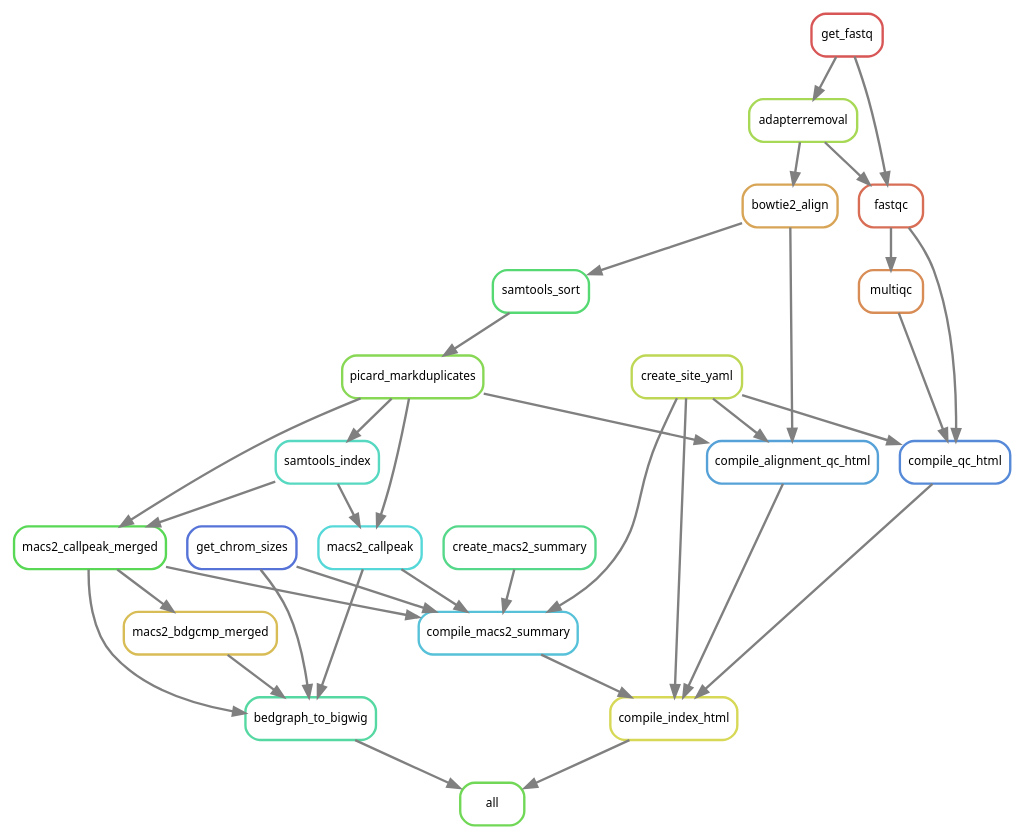
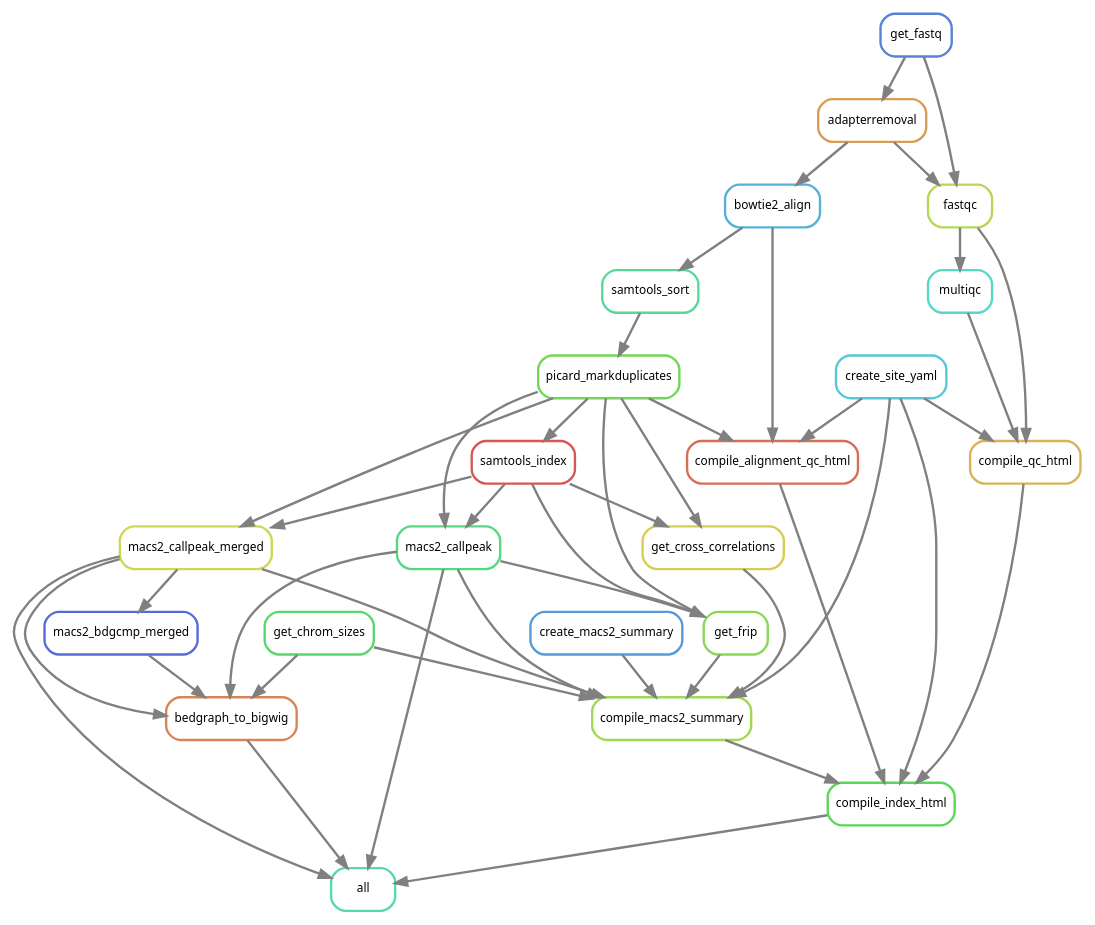
One commit to smped/PRJNA509779 changed the diagram in workflow/rules/rulegraph.dot. Above: the diagram before and after it, drawn with Graphviz. The commit also changed 16 other files, not shown here.

```diff
--- a/workflow/rules/rulegraph.dot
+++ b/workflow/rules/rulegraph.dot
@@ -1,59 +1,70 @@
 digraph snakemake_dag {
     graph[bgcolor=white, margin=0];
     node[shape=box, style=rounded, fontname=sans,                 fontsize=10, penwidth=2];
     edge[penwidth=2, color=grey];
-	0[label = "all", color = "0.30 0.6 0.85", style="rounded"];
-	1[label = "bedgraph_to_bigwig", color = "0.43 0.6 0.85", style="rounded"];
-	2[label = "macs2_callpeak", color = "0.50 0.6 0.85", style="rounded"];
-	3[label = "picard_markduplicates", color = "0.27 0.6 0.85", style="rounded"];
-	4[label = "samtools_sort", color = "0.37 0.6 0.85", style="rounded"];
-	5[label = "bowtie2_align", color = "0.10 0.6 0.85", style="rounded"];
-	6[label = "adapterremoval", color = "0.23 0.6 0.85", style="rounded"];
-	7[label = "get_fastq", color = "0.00 0.6 0.85", style="rounded"];
-	8[label = "samtools_index", color = "0.47 0.6 0.85", style="rounded"];
-	9[label = "get_chrom_sizes", color = "0.63 0.6 0.85", style="rounded"];
-	10[label = "macs2_callpeak_merged", color = "0.33 0.6 0.85", style="rounded"];
-	11[label = "macs2_bdgcmp_merged", color = "0.13 0.6 0.85", style="rounded"];
-	12[label = "compile_index_html", color = "0.17 0.6 0.85", style="rounded"];
-	13[label = "compile_macs2_summary", color = "0.53 0.6 0.85", style="rounded"];
-	14[label = "create_macs2_summary", color = "0.40 0.6 0.85", style="rounded"];
-	15[label = "create_site_yaml", color = "0.20 0.6 0.85", style="rounded"];
-	16[label = "compile_qc_html", color = "0.60 0.6 0.85", style="rounded"];
-	17[label = "fastqc", color = "0.03 0.6 0.85", style="rounded"];
-	18[label = "multiqc", color = "0.07 0.6 0.85", style="rounded"];
-	19[label = "compile_alignment_qc_html", color = "0.57 0.6 0.85", style="rounded"];
+	0[label = "all", color = "0.45 0.6 0.85", style="rounded"];
+	1[label = "macs2_callpeak", color = "0.39 0.6 0.85", style="rounded"];
+	2[label = "picard_markduplicates", color = "0.30 0.6 0.85", style="rounded"];
+	3[label = "samtools_sort", color = "0.42 0.6 0.85", style="rounded"];
+	4[label = "bowtie2_align", color = "0.55 0.6 0.85", style="rounded"];
+	5[label = "adapterremoval", color = "0.09 0.6 0.85", style="rounded"];
+	6[label = "get_fastq", color = "0.61 0.6 0.85", style="rounded"];
+	7[label = "samtools_index", color = "0.00 0.6 0.85", style="rounded"];
+	8[label = "macs2_callpeak_merged", color = "0.18 0.6 0.85", style="rounded"];
+	9[label = "bedgraph_to_bigwig", color = "0.06 0.6 0.85", style="rounded"];
+	10[label = "get_chrom_sizes", color = "0.36 0.6 0.85", style="rounded"];
+	11[label = "macs2_bdgcmp_merged", color = "0.64 0.6 0.85", style="rounded"];
+	12[label = "compile_index_html", color = "0.33 0.6 0.85", style="rounded"];
+	13[label = "compile_macs2_summary", color = "0.24 0.6 0.85", style="rounded"];
+	14[label = "create_macs2_summary", color = "0.58 0.6 0.85", style="rounded"];
+	15[label = "get_cross_correlations", color = "0.15 0.6 0.85", style="rounded"];
+	16[label = "get_frip", color = "0.27 0.6 0.85", style="rounded"];
+	17[label = "create_site_yaml", color = "0.52 0.6 0.85", style="rounded"];
+	18[label = "compile_qc_html", color = "0.12 0.6 0.85", style="rounded"];
+	19[label = "fastqc", color = "0.21 0.6 0.85", style="rounded"];
+	20[label = "multiqc", color = "0.48 0.6 0.85", style="rounded"];
+	21[label = "compile_alignment_qc_html", color = "0.03 0.6 0.85", style="rounded"];
+	8 -> 0
+	9 -> 0
+	1 -> 0
 	12 -> 0
-	1 -> 0
-	10 -> 1
-	11 -> 1
+	7 -> 1
 	2 -> 1
-	9 -> 1
 	3 -> 2
-	8 -> 2
 	4 -> 3
 	5 -> 4
 	6 -> 5
-	7 -> 6
-	3 -> 8
-	3 -> 10
-	8 -> 10
-	10 -> 11
-	19 -> 12
-	16 -> 12
-	15 -> 12
+	2 -> 7
+	7 -> 8
+	2 -> 8
+	10 -> 9
+	8 -> 9
+	1 -> 9
+	11 -> 9
+	8 -> 11
+	21 -> 12
 	13 -> 12
-	2 -> 13
+	18 -> 12
+	17 -> 12
+	1 -> 13
+	8 -> 13
+	10 -> 13
+	17 -> 13
 	14 -> 13
-	10 -> 13
 	15 -> 13
-	9 -> 13
-	17 -> 16
-	15 -> 16
-	18 -> 16
-	7 -> 17
-	6 -> 17
+	16 -> 13
+	7 -> 15
+	2 -> 15
+	1 -> 16
+	7 -> 16
+	2 -> 16
+	20 -> 18
+	19 -> 18
 	17 -> 18
 	5 -> 19
-	3 -> 19
-	15 -> 19
+	6 -> 19
+	19 -> 20
+	17 -> 21
+	4 -> 21
+	2 -> 21
 }            
```
